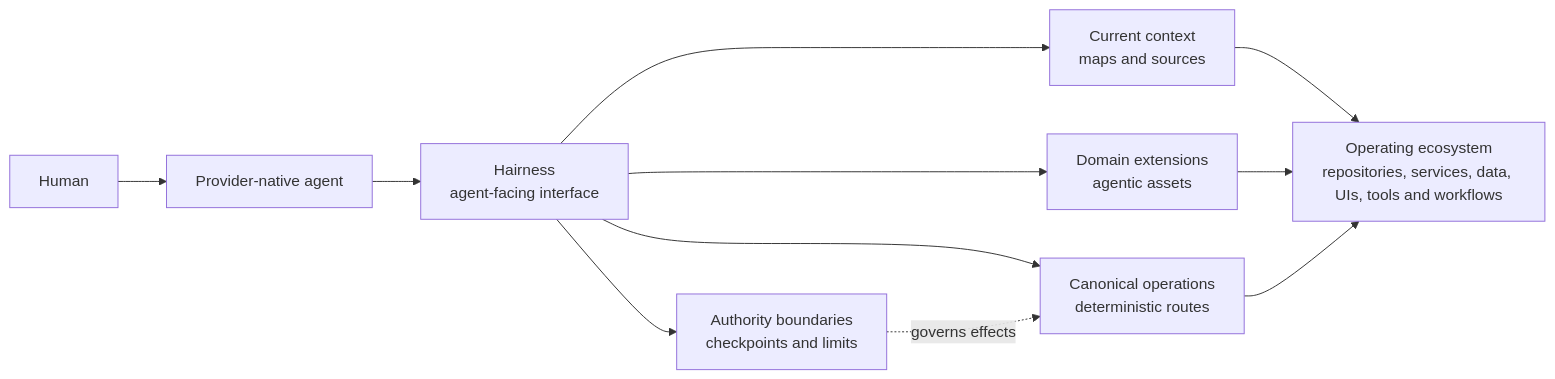
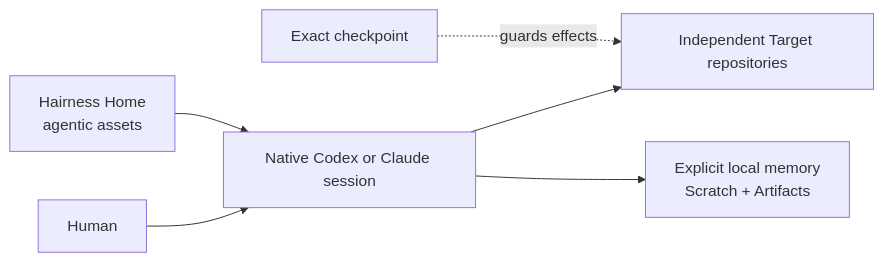
Before and after one commit to thevzion/hairness: the diagram in README.md, drawn with Mermaid. The commit also changed other lines of this file and 413 other files, not shown here.

First line of the commit message:
feat: reset Hairness around lightweight agentic assets (#18)

````diff
--- a/README.md
+++ b/README.md
@@ -28,13 +49,8 @@
 ```mermaid
 flowchart LR
-    H["Human"] --> A["Provider-native agent"]
-    A --> I["Hairness<br/>agent-facing interface"]
-    I --> C["Current context<br/>maps and sources"]
-    I --> E["Domain extensions<br/>agentic assets"]
-    I --> O["Canonical operations<br/>deterministic routes"]
-    I --> G["Authority boundaries<br/>checkpoints and limits"]
-    C --> T["Operating ecosystem<br/>repositories, services, data, UIs, tools and workflows"]
-    E --> T
-    O --> T
-    G -. "governs effects" .-> O
+  human["Human"] --> provider["Native Codex or Claude session"]
+  home["Hairness Home\nagentic assets"] --> provider
+  provider --> target["Independent Target repositories"]
+  provider --> overlay["Explicit local memory\nScratch + Artifacts"]
+  checkpoint["Exact checkpoint"] -. "guards effects" .-> target
 ```
````
